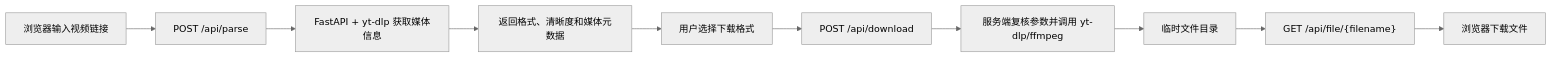
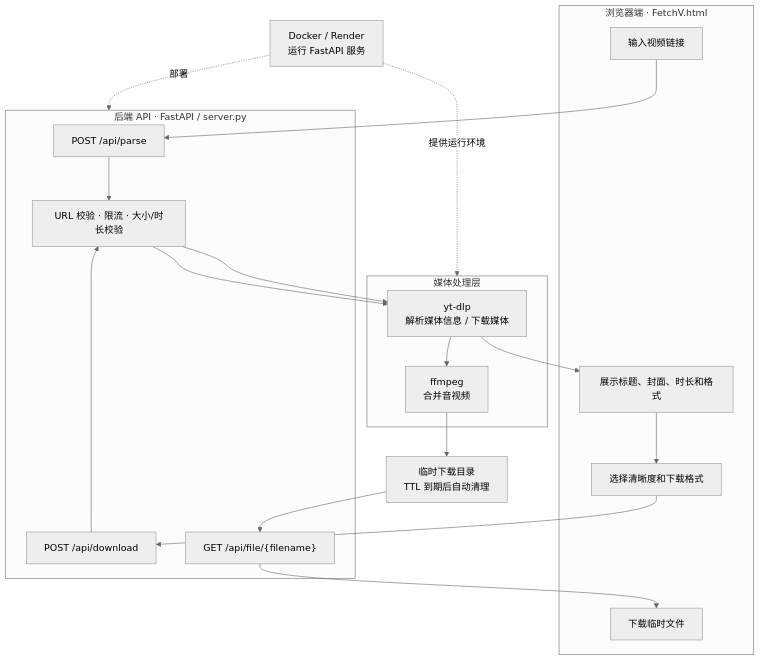
The diagram in README.md (mayikanga/fetchv), drawn with Mermaid (neutral theme) before and after one commit. The commit also changed other lines of this file, not shown here.

Commit message:
优化 README 架构图

````diff
--- a/README.md
+++ b/README.md
@@ -24,12 +24,39 @@
 ```mermaid
-flowchart LR
-    A["浏览器输入视频链接"] --> B["POST /api/parse"]
-    B --> C["FastAPI + yt-dlp 获取媒体信息"]
-    C --> D["返回格式、清晰度和媒体元数据"]
-    D --> E["用户选择下载格式"]
-    E --> F["POST /api/download"]
-    F --> G["服务端复核参数并调用 yt-dlp/ffmpeg"]
-    G --> H["临时文件目录"]
-    H --> I["GET /api/file/{filename}"]
-    I --> J["浏览器下载文件"]
+flowchart TB
+    subgraph Browser["浏览器端 · FetchV.html"]
+        Input["输入视频链接"]
+        Result["展示标题、封面、时长和格式"]
+        Select["选择清晰度和下载格式"]
+        Save["下载临时文件"]
+    end
+
+    subgraph API["后端 API · FastAPI / server.py"]
+        Parse["POST /api/parse"]
+        Download["POST /api/download"]
+        File["GET /api/file/{filename}"]
+        Guard["URL 校验 · 限流 · 大小/时长校验"]
+    end
+
+    subgraph Media["媒体处理层"]
+        YTDLP["yt-dlp<br/>解析媒体信息 / 下载媒体"]
+        FFmpeg["ffmpeg<br/>合并音视频"]
+    end
+
+    Temp["临时下载目录<br/>TTL 到期后自动清理"]
+    Platform["Docker / Render<br/>运行 FastAPI 服务"]
+
+    Input --> Parse
+    Parse --> Guard
+    Guard --> YTDLP
+    YTDLP --> Result
+    Result --> Select
+    Select --> Download
+    Download --> Guard
+    Guard --> YTDLP
+    YTDLP --> FFmpeg
+    FFmpeg --> Temp
+    Temp --> File
+    File --> Save
+    Platform -.部署.-> API
+    Platform -.提供运行环境.-> Media
 ```
````
